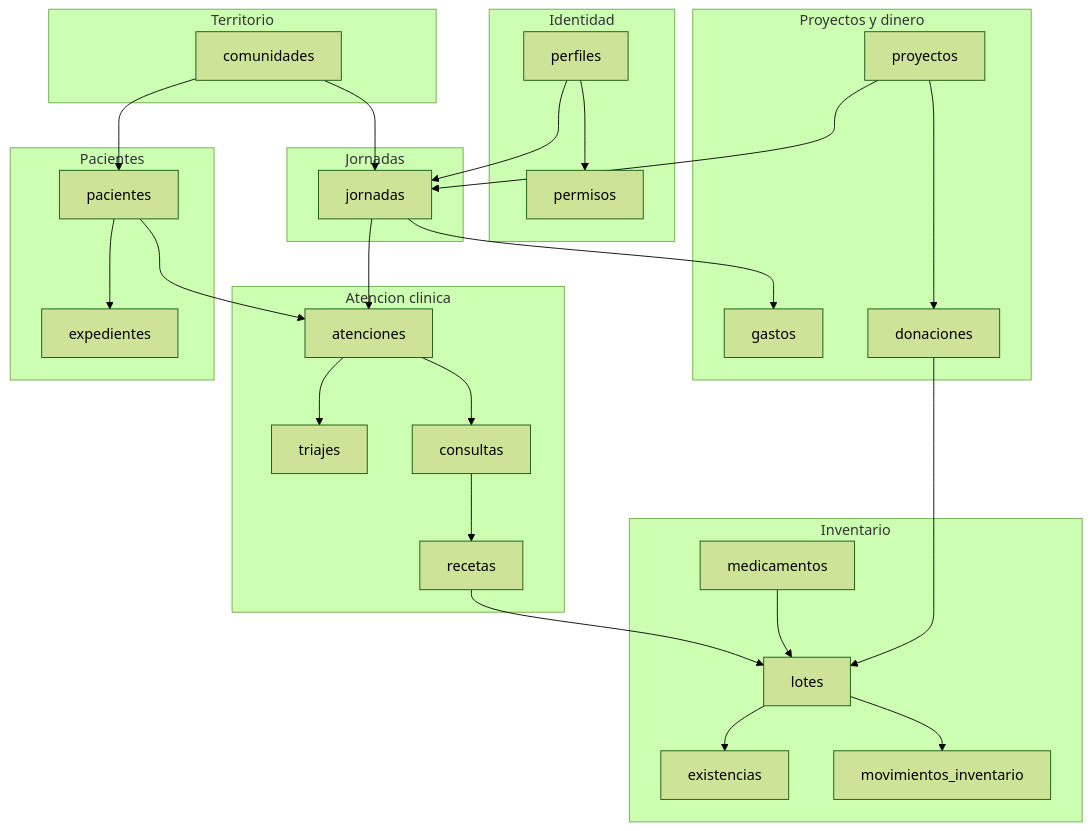
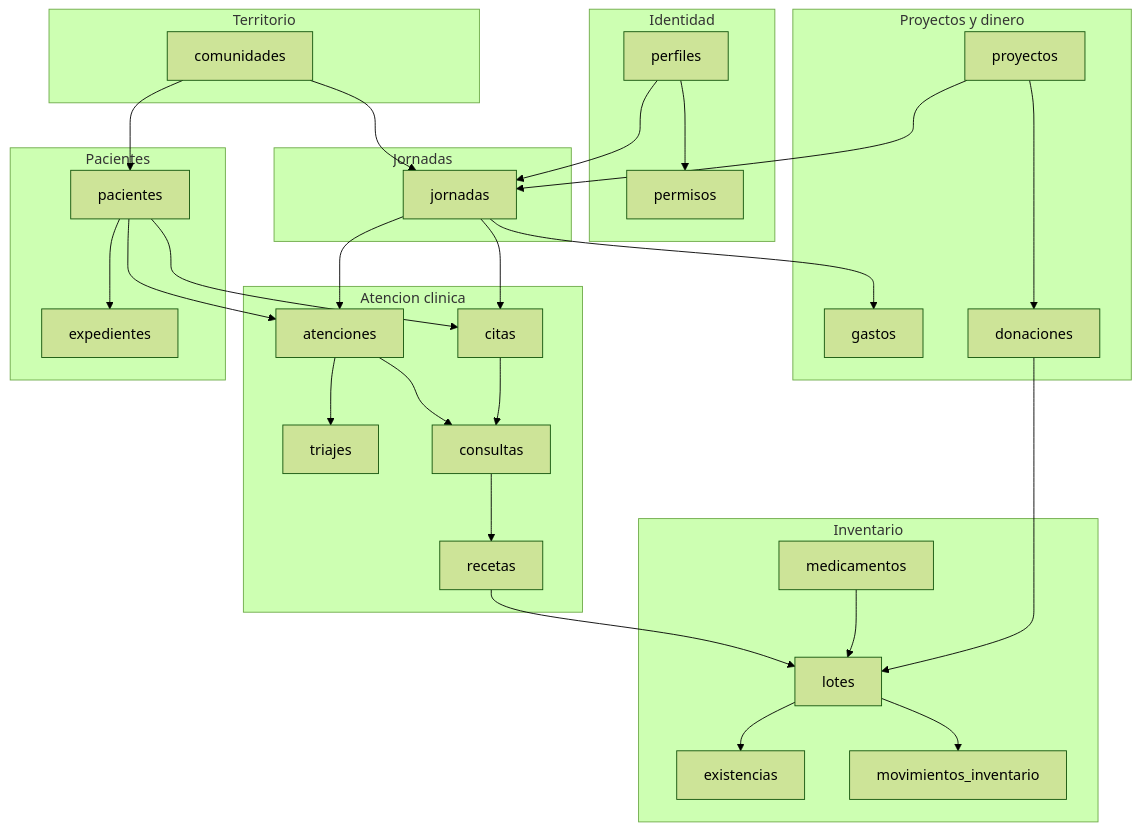
Before and after one commit to URL-ECOPAC/Ecopac-Digital: the first of 6 diagrams in docs/MODELO-DE-DATOS.md, drawn with Mermaid (forest theme). The commit also changed other lines of this file, not shown here.

````diff
--- a/docs/MODELO-DE-DATOS.md
+++ b/docs/MODELO-DE-DATOS.md
@@ -87,53 +88,57 @@
 ```mermaid
 graph TB
     subgraph ID["Identidad"]
         perfiles
         permisos
     end
     subgraph TERR["Territorio"]
         comunidades
     end
     subgraph PAC["Pacientes"]
         pacientes
         expedientes
     end
     subgraph JOR["Jornadas"]
         jornadas
     end
     subgraph CLIN["Atencion clinica"]
+        citas
         atenciones
         triajes
         consultas
         recetas
     end
     subgraph INV["Inventario"]
         medicamentos
         lotes
         existencias
         movimientos_inventario
     end
     subgraph FIN["Proyectos y dinero"]
         proyectos
         gastos
         donaciones
     end
 
     perfiles --> jornadas
     perfiles --> permisos
     comunidades --> pacientes
     comunidades --> jornadas
     pacientes --> expedientes
     pacientes --> atenciones
     jornadas --> atenciones
+    pacientes --> citas
+    jornadas --> citas
+    citas --> consultas
     atenciones --> triajes
     atenciones --> consultas
     consultas --> recetas
     recetas --> lotes
     medicamentos --> lotes
     lotes --> existencias
     lotes --> movimientos_inventario
     proyectos --> jornadas
     proyectos --> donaciones
     jornadas --> gastos
     donaciones --> lotes
 ```
````
